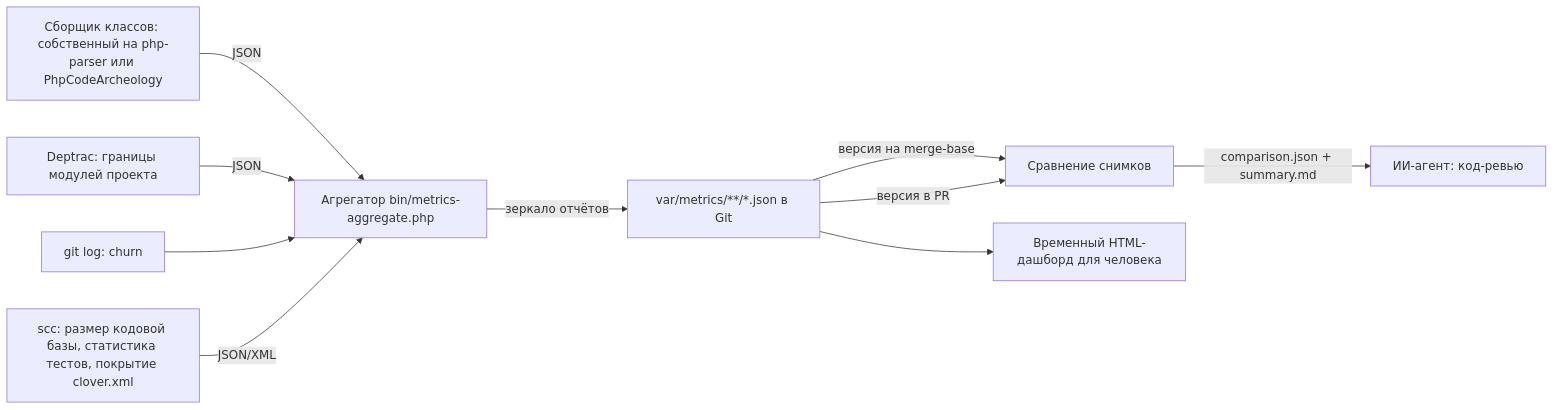
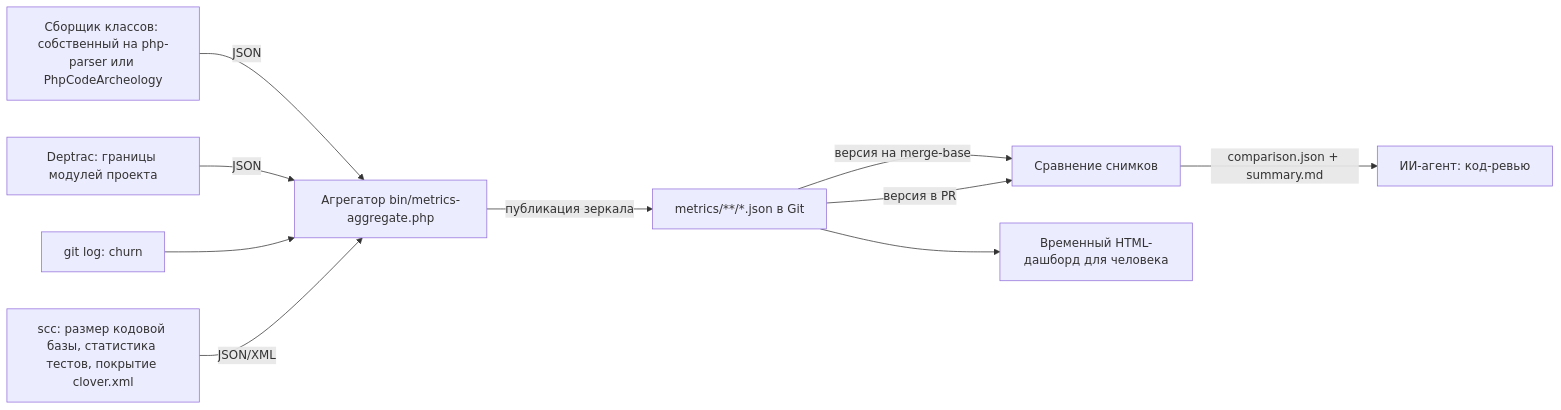
One commit to prikotov/coding-standard changed the diagram in todo/EPIC-metrics-ai-maintainability.todo.md. Above: the diagram before and after it, drawn with Mermaid. The commit also changed other lines of this file and 5 other files, not shown here.

Commit message:
docs(metrics): keep tracked reports outside var

````diff
--- a/todo/EPIC-metrics-ai-maintainability.todo.md
+++ b/todo/EPIC-metrics-ai-maintainability.todo.md
@@ -102,12 +102,12 @@
 ```mermaid
 flowchart LR
     A[Сборщик классов: собственный на php-parser или PhpCodeArcheology] -->|JSON| D
     B[Deptrac: границы модулей проекта] -->|JSON| D
     C[git log: churn] --> D
     S[scc: размер кодовой базы, статистика тестов, покрытие clover.xml] -->|JSON/XML| D
-    D[Агрегатор bin/metrics-aggregate.php] -->|зеркало отчётов| L[var/metrics/**/*.json в Git]
+    D[Агрегатор bin/metrics-aggregate.php] -->|публикация зеркала| L[metrics/**/*.json в Git]
     L -->|версия на merge-base| G[Сравнение снимков]
     L -->|версия в PR| G
     G -->|comparison.json + summary.md| F[ИИ-агент: код-ревью]
     L --> E[Временный HTML-дашборд для человека]
 ```
````
